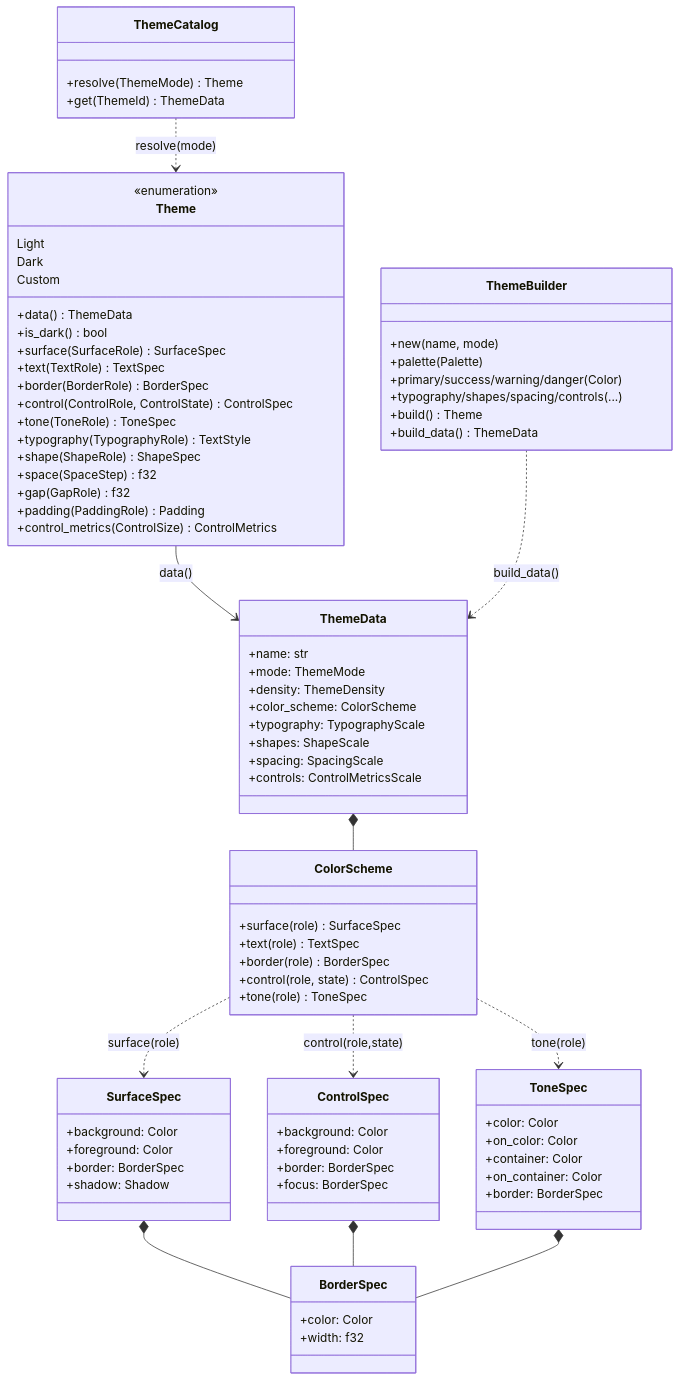
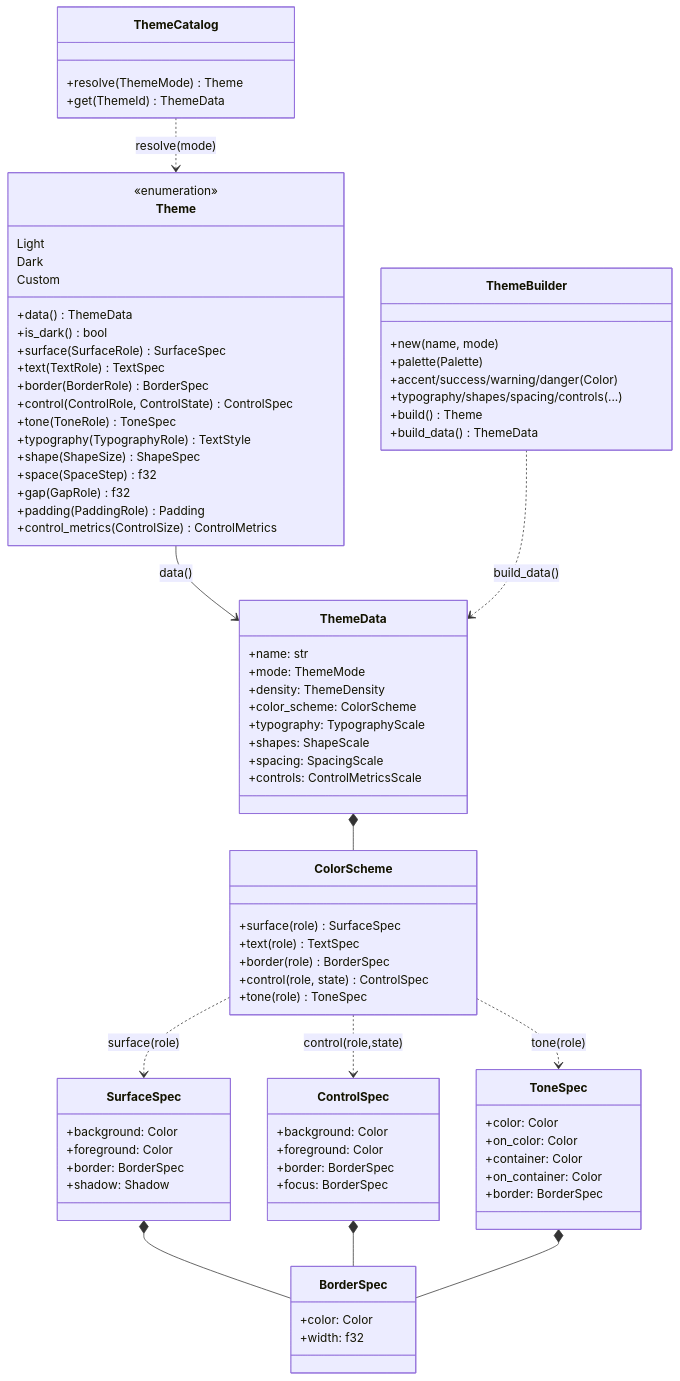
One commit to JirlanSouza/nive changed the first of 3 diagrams in docs/architecture/design-system.md. Above: the diagram before and after it, drawn with Mermaid. The commit also changed other lines of this file and 3 other files, not shown here.

```diff
--- a/docs/architecture/design-system.md
+++ b/docs/architecture/design-system.md
@@ -26,7 +26,7 @@
         +control(ControlRole, ControlState) ControlSpec
         +tone(ToneRole) ToneSpec
         +typography(TypographyRole) TextStyle
-        +shape(ShapeRole) ShapeSpec
+        +shape(ShapeSize) ShapeSpec
         +space(SpaceStep) f32
         +gap(GapRole) f32
         +padding(PaddingRole) Padding
@@ -75,7 +75,7 @@
     class ThemeBuilder {
         +new(name, mode)
         +palette(Palette)
-        +primary/success/warning/danger(Color)
+        +accent/success/warning/danger(Color)
         +typography/shapes/spacing/controls(...)
         +build() Theme
         +build_data() ThemeData
```
